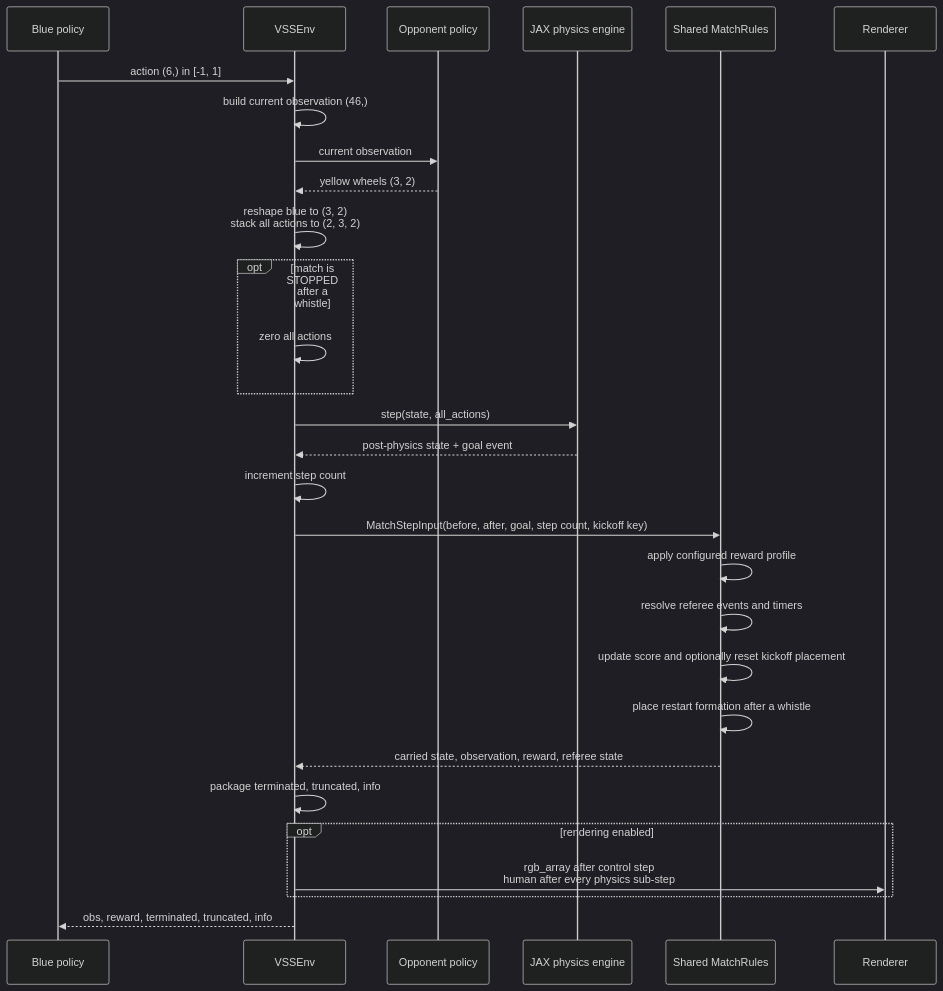
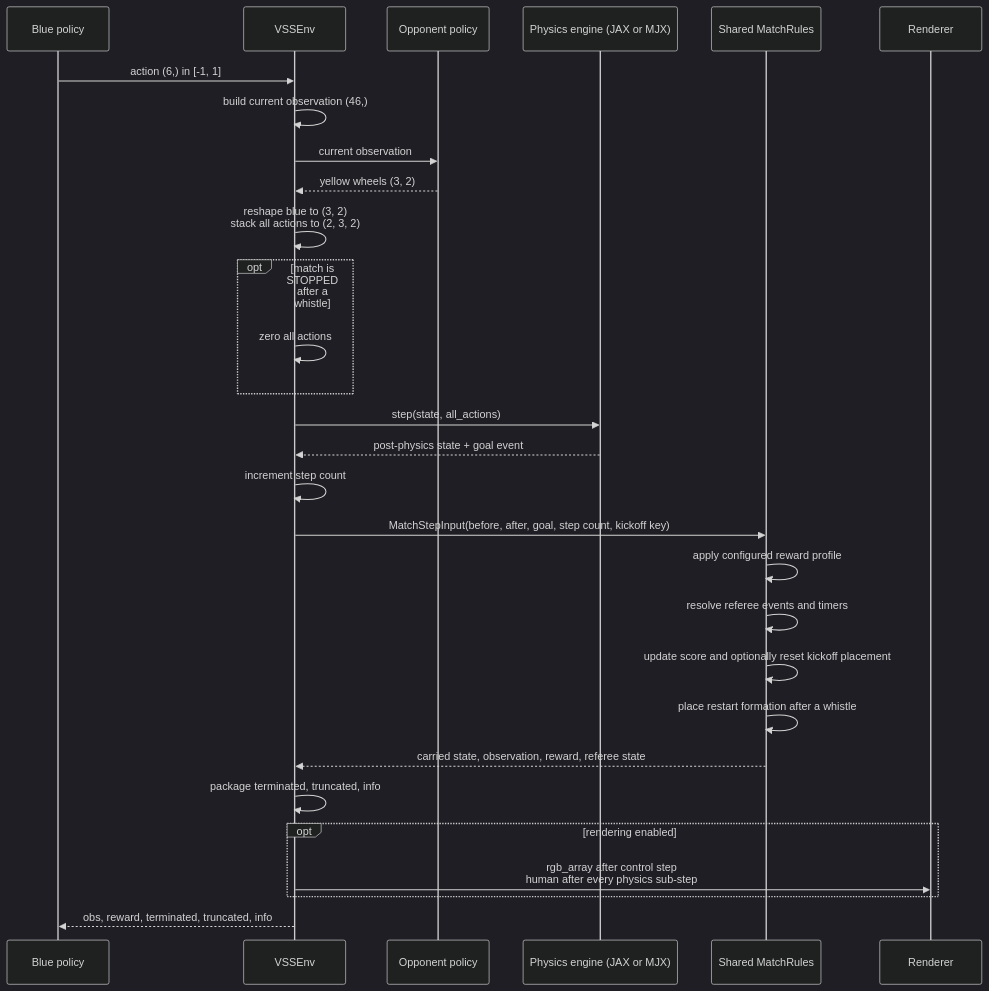
Before and after one commit to canhotuctor/vsss-sim: the second of 8 diagrams in STRUCTURE.md, drawn with Mermaid (dark theme). The commit also changed other lines of this file and 18 other files, not shown here.

Commit message:
feat: add optional MuJoCo MJX physics backend

````diff
--- a/STRUCTURE.md
+++ b/STRUCTURE.md
@@ -62,32 +64,32 @@
 ```mermaid
 sequenceDiagram
     participant P as Blue policy
     participant E as VSSEnv
     participant O as Opponent policy
-    participant X as JAX physics engine
+    participant X as Physics engine (JAX or MJX)
     participant M as Shared MatchRules
     participant R as Renderer
 
     P->>E: action (6,) in [-1, 1]
     E->>E: build current observation (46,)
     E->>O: current observation
     O-->>E: yellow wheels (3, 2)
     E->>E: reshape blue to (3, 2)<br/>stack all actions to (2, 3, 2)
     opt match is STOPPED after a whistle
         E->>E: zero all actions
     end
     E->>X: step(state, all_actions)
     X-->>E: post-physics state + goal event
     E->>E: increment step count
     E->>M: MatchStepInput(before, after, goal, step count, kickoff key)
     M->>M: apply configured reward profile
     M->>M: resolve referee events and timers
     M->>M: update score and optionally reset kickoff placement
     M->>M: place restart formation after a whistle
     M-->>E: carried state, observation, reward, referee state
     E->>E: package terminated, truncated, info
     opt rendering enabled
         E->>R: rgb_array after control step<br/>human after every physics sub-step
     end
     E-->>P: obs, reward, terminated, truncated, info
 ```
````
